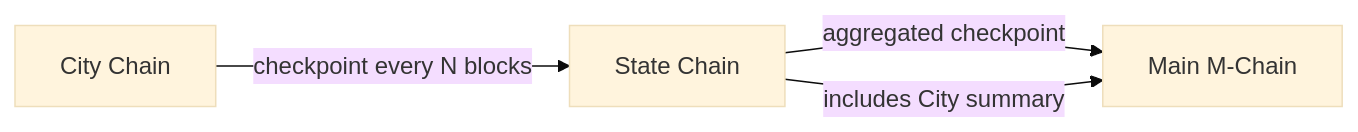
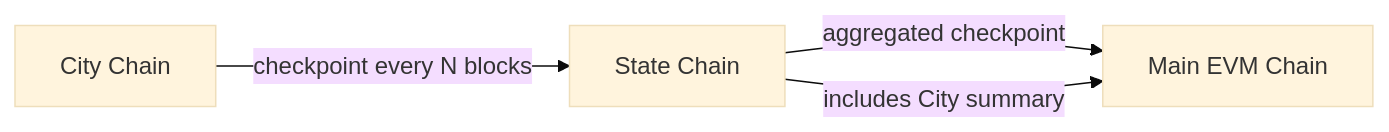
The third of 4 diagrams in whitepaper.md (cryft-labs/cryftnet-whitepaper), drawn with Mermaid (base theme) before and after one commit. The commit also changed other lines of this file and 9 other files, not shown here.

Commit message:
Refactor whitepaper terminology and structure: update chain names from P-Chain, X-Chain, M-Chain to F-Chain, Mirror Chain, EVM Chain; revise related descriptions and responsibilities throughout the document for clarity and consistency.

````diff
--- a/whitepaper.md
+++ b/whitepaper.md
@@ -489,6 +489,6 @@
 ```mermaid
 flowchart LR
   City["City Chain"] -->|checkpoint every N blocks| State["State Chain"]
-  State -->|aggregated checkpoint| Main["Main M-Chain"]
+  State -->|aggregated checkpoint| Main["Main EVM Chain"]
   State -->|includes City summary| Main
 ```
````
